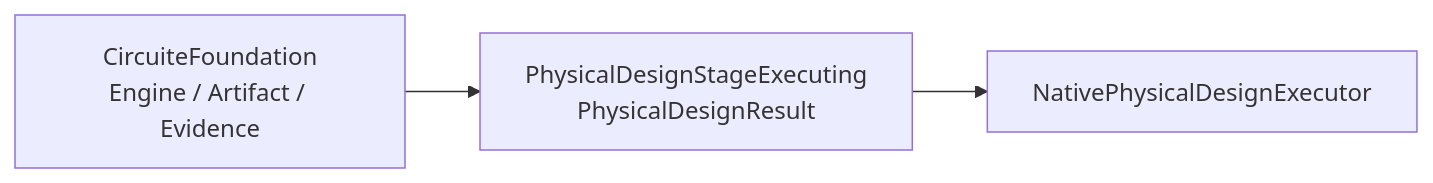
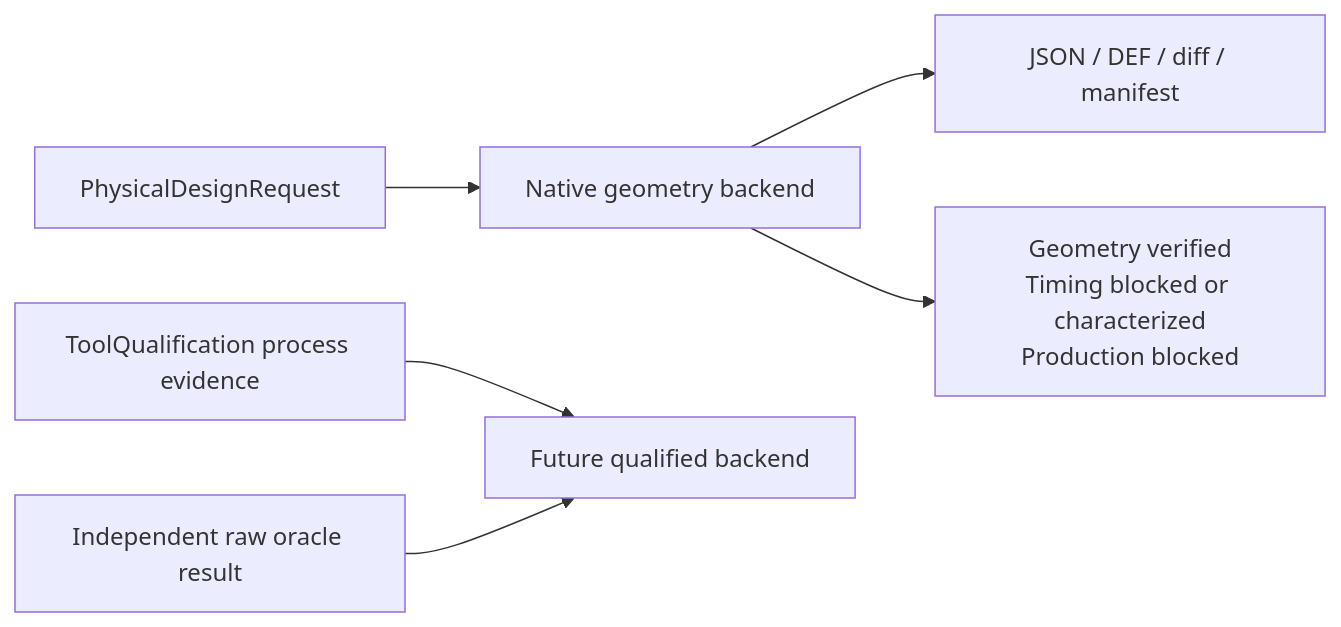
One commit to 1amageek/PhysicalDesignEngine changed the diagram in README.md. Above: the diagram before and after it, drawn with Mermaid. The commit also changed other lines of this file and 52 other files, not shown here.

Commit message:
Strengthen native physical design evidence

````diff
--- a/README.md
+++ b/README.md
@@ -47,8 +9,8 @@
 ```mermaid
 flowchart LR
-  Foundation["CircuiteFoundation\nEngine / Artifact / Evidence"]
-  Boundary["PhysicalDesignStageExecuting\nPhysicalDesignResult"]
-  Native["NativePhysicalDesignExecutor"]
-  Foundation --> Boundary
-  Boundary --> Native
+  Request["PhysicalDesignRequest"] --> Native["Native geometry backend"]
+  Native --> Revision["JSON / DEF / diff / manifest"]
+  Native --> Claims["Geometry verified\nTiming blocked or characterized\nProduction blocked"]
+  TQ["ToolQualification process evidence"] --> Qualified["Future qualified backend"]
+  Oracle["Independent raw oracle result"] --> Qualified
 ```
````
